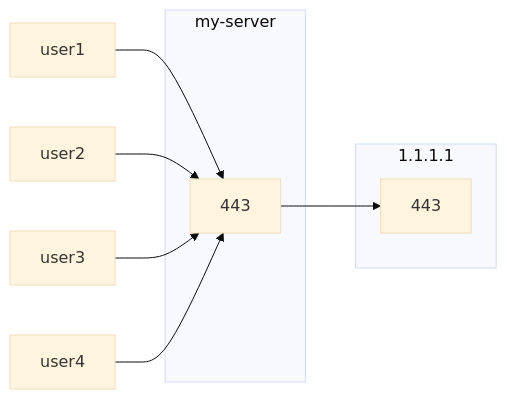
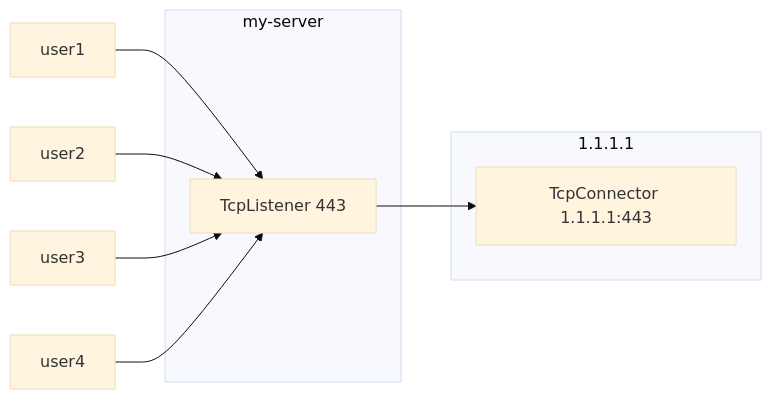
The second of 4 diagrams in docs/01-getting-started/tutorial-part3.mdx (bigmoveus/WaterWall-Docs), drawn with Mermaid (base theme) before and after one commit. The commit also changed other lines of this file and 2 other files, not shown here.

````diff
--- a/docs/01-getting-started/tutorial-part3.mdx
+++ b/docs/01-getting-started/tutorial-part3.mdx
@@ -210,14 +210,14 @@
 ```mermaid
 flowchart LR;
     user1 --> A1;
     user2 --> A1;
     user3 --> A1;
     user4 --> A1;
 
     subgraph 1.1.1.1;
-        B1[443];
+        B1[TcpConnector 1.1.1.1:443];
         end;
     subgraph my-server;
-        A1[443]   --> B1 ;
+        A1[TcpListener 443]   --> B1 ;
         end;
 ```
````
